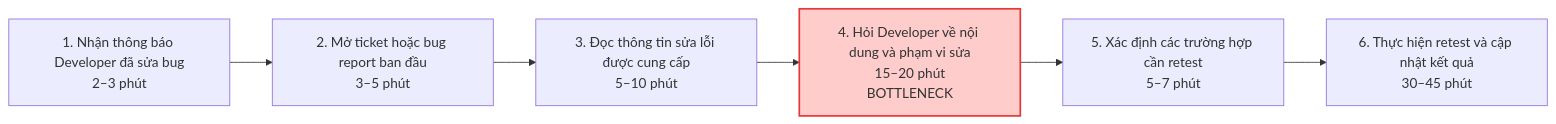
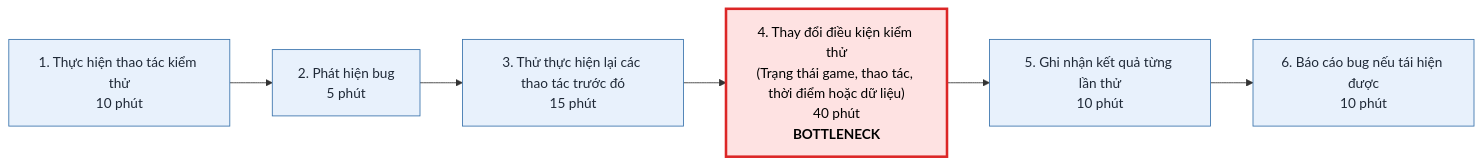
Before and after one commit to trandinhnhatminh1452/K5-L3B-DAY02-Nnhom123-DiscoveryProblemFraming: the third of 3 diagrams in report/individual/04083_TranDinhNhatMinh.md, drawn with Mermaid.

````diff
--- a/report/individual/04083_TranDinhNhatMinh.md
+++ b/report/individual/04083_TranDinhNhatMinh.md
@@ -131,13 +131,17 @@
 ```mermaid
 flowchart LR
-    A["1. Nhận thông báo Developer đã sửa bug<br/>2–3 phút"]
-    B["2. Mở ticket hoặc bug report ban đầu<br/>3–5 phút"]
-    C["3. Đọc thông tin sửa lỗi được cung cấp<br/>5–10 phút"]
-    D["4. Hỏi Developer về nội dung và phạm vi sửa<br/>15–20 phút<br/>BOTTLENECK"]
-    E["5. Xác định các trường hợp cần retest<br/>5–7 phút"]
-    F["6. Thực hiện retest và cập nhật kết quả<br/>30–45 phút"]
+    A["1. Thực hiện thao tác kiểm thử<br/>10 phút"]
+    B["2. Phát hiện bug<br/>5 phút"]
+    C["3. Thử thực hiện lại các thao tác trước đó<br/>15 phút"]
+    D["4. Thay đổi điều kiện kiểm thử<br/>(Trạng thái game, thao tác, thời điểm hoặc dữ liệu)<br/>40 phút<br/><b>BOTTLENECK</b>"]
+    E["5. Ghi nhận kết quả từng lần thử<br/>10 phút"]
+    F["6. Báo cáo bug nếu tái hiện được<br/>10 phút"]
 
     A --> B --> C --> D --> E --> F
 
-    style D fill:#ffcccc,stroke:#e53935,stroke-width:2px
+    classDef normal fill:#E8F1FC,stroke:#3973AC,color:#1F2937
+    classDef bottleneck fill:#FEE2E2,stroke:#DC2626,stroke-width:3px,color:#000000
+
+    class A,B,C,E,F normal
+    class D bottleneck
 ```
````
